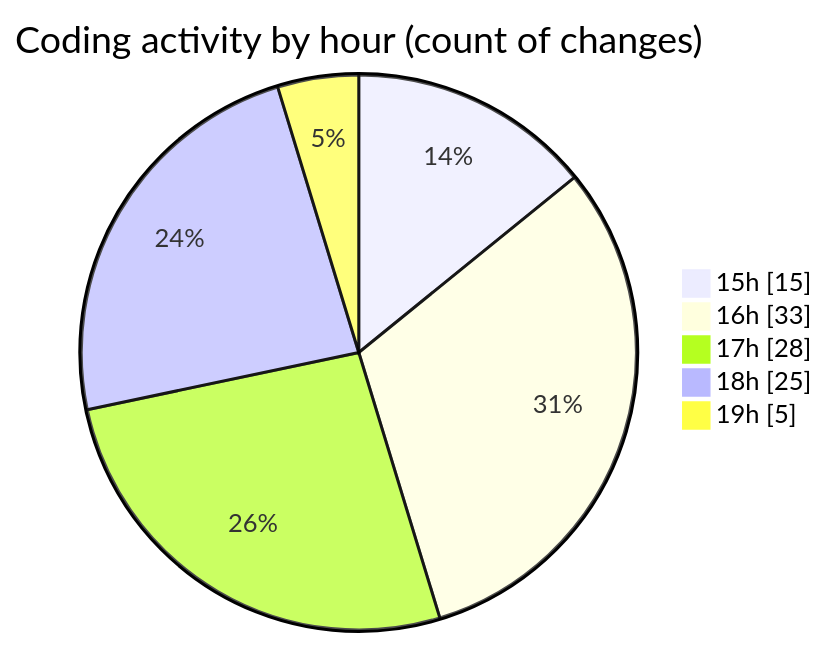
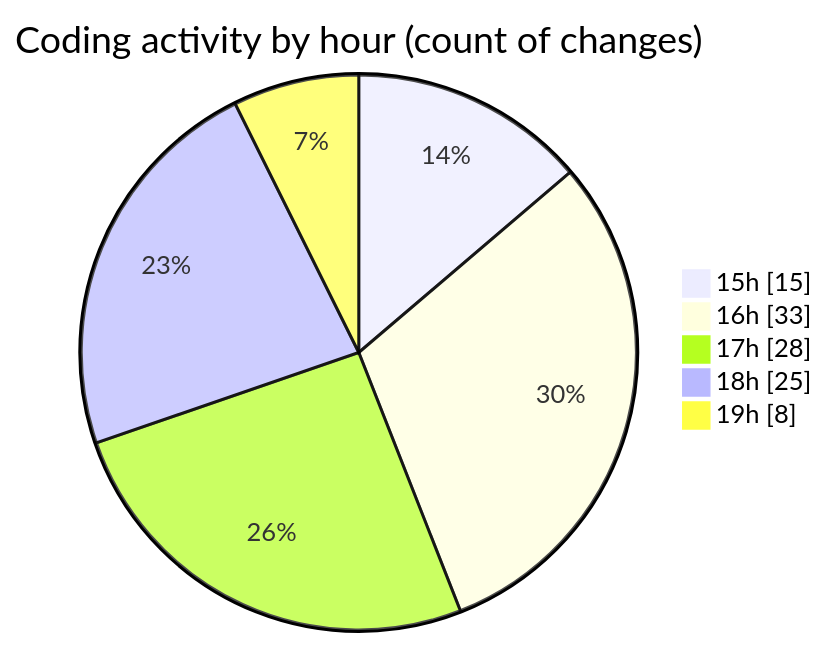
The second of 2 diagrams in 2025-02-25/trackers_app/README.md (donsfak/code-tracking), drawn with Mermaid before and after one commit. The commit also changed other lines of this file and 1 other file, not shown here.

````diff
--- a/2025-02-25/trackers_app/README.md
+++ b/2025-02-25/trackers_app/README.md
@@ -41,9 +41,9 @@
 ```mermaid
 pie showData
 title Coding activity by hour (count of changes)
 "15h" : 15
 "16h" : 33
 "17h" : 28
 "18h" : 25
-"19h" : 5
+"19h" : 8
 ```
````
